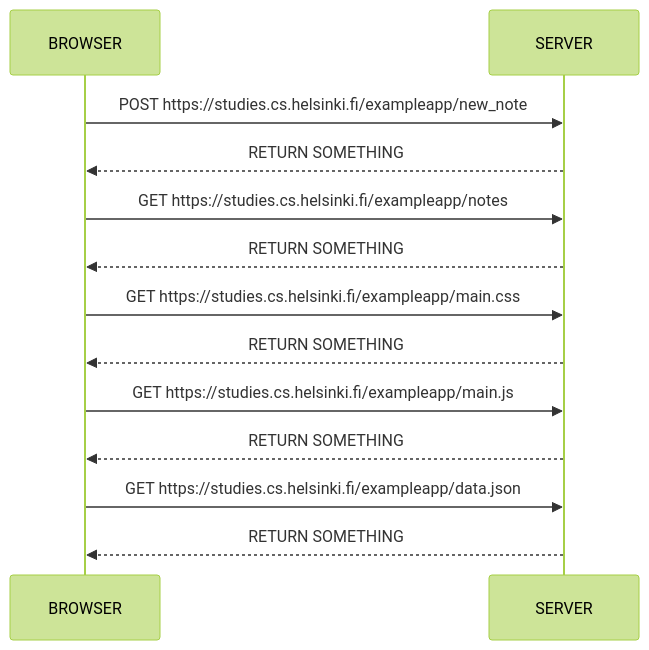
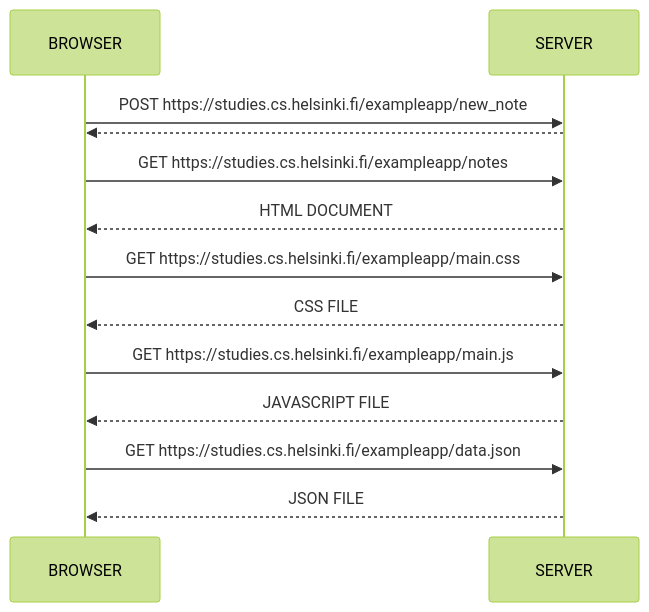
The diagram in FULLSTACK/part0/E0.4.md (tanelimanninen/PORTFOLIO), drawn with Mermaid (forest theme) before and after one commit.

````diff
--- a/FULLSTACK/part0/E0.4.md
+++ b/FULLSTACK/part0/E0.4.md
@@ -3,16 +3,16 @@
 ```mermaid
 
 sequenceDiagram
     participant BROWSER
     participant SERVER
     BROWSER->>SERVER: POST https://studies.cs.helsinki.fi/exampleapp/new_note
-    SERVER-->>BROWSER: RETURN SOMETHING
+    SERVER-->>BROWSER: 
     BROWSER->>SERVER: GET https://studies.cs.helsinki.fi/exampleapp/notes
-    SERVER-->>BROWSER: RETURN SOMETHING
+    SERVER-->>BROWSER: HTML DOCUMENT
     BROWSER->>SERVER: GET https://studies.cs.helsinki.fi/exampleapp/main.css
-    SERVER-->>BROWSER: RETURN SOMETHING
+    SERVER-->>BROWSER: CSS FILE
     BROWSER->>SERVER: GET https://studies.cs.helsinki.fi/exampleapp/main.js
-    SERVER-->>BROWSER: RETURN SOMETHING
+    SERVER-->>BROWSER: JAVASCRIPT FILE
     BROWSER->>SERVER: GET https://studies.cs.helsinki.fi/exampleapp/data.json
-    SERVER-->>BROWSER: RETURN SOMETHING
+    SERVER-->>BROWSER: JSON FILE
 ```
````
